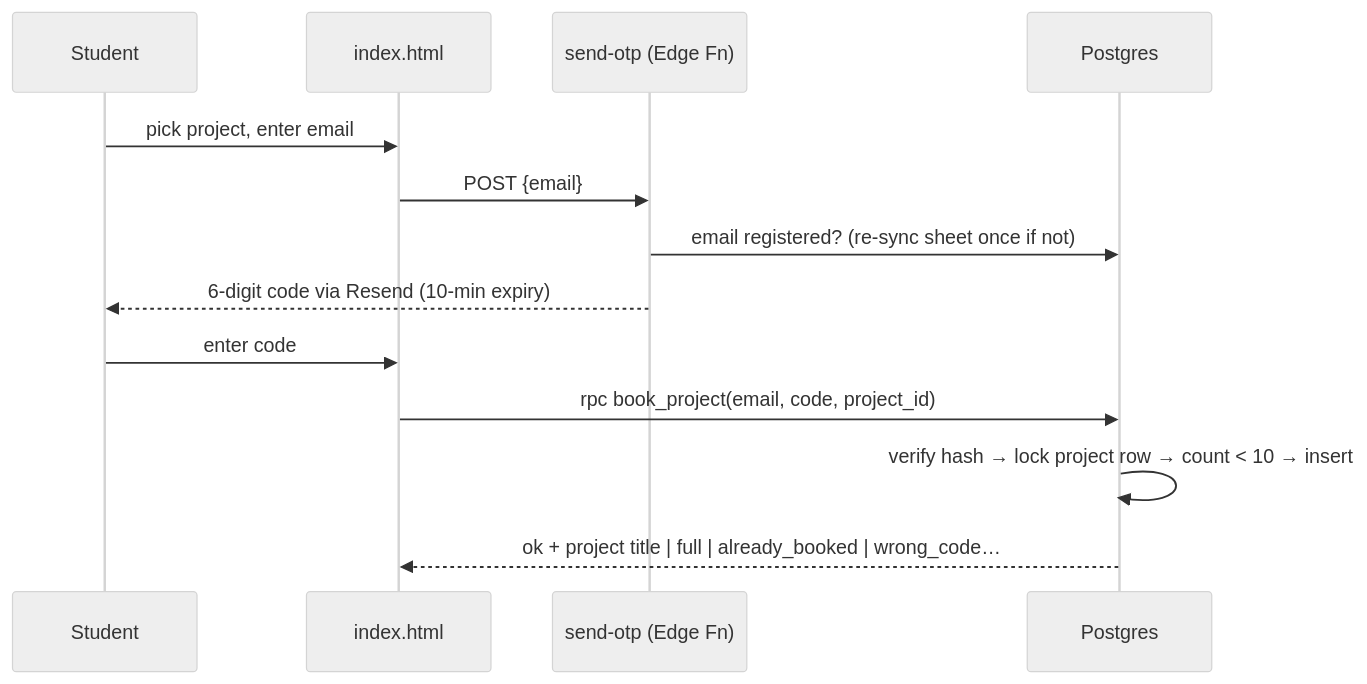
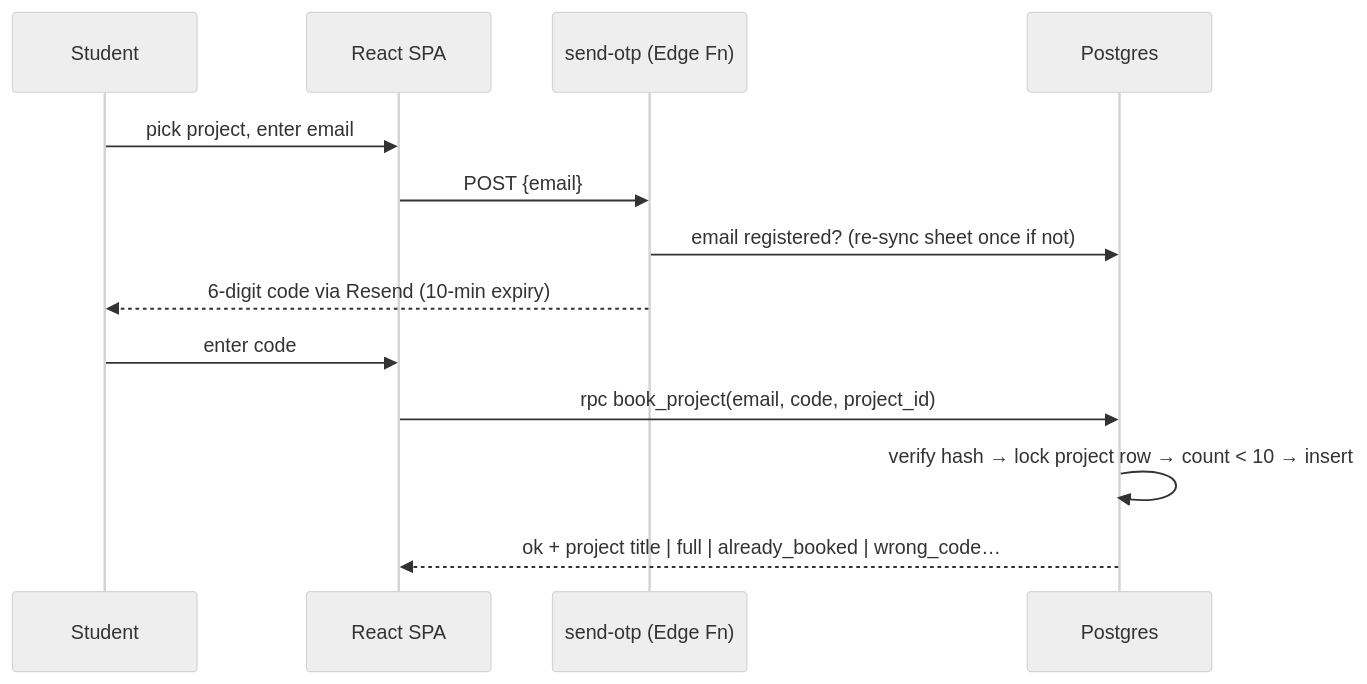
The second of 2 diagrams in docs/PRD.md (Humble-Coders/project-booking), drawn with Mermaid (neutral theme) before and after one commit. The commit also changed other lines of this file and 1 other file, not shown here.

Commit message:
Add CLAUDE.md; lock React stack (Vite+TS+Tailwind) and hosting in PRD

````diff
--- a/docs/PRD.md
+++ b/docs/PRD.md
@@ -78,15 +78,15 @@
 ```mermaid
 sequenceDiagram
     participant St as Student
-    participant P as index.html
+    participant P as React SPA
     participant F as send-otp (Edge Fn)
     participant DB as Postgres
     St->>P: pick project, enter email
     P->>F: POST {email}
     F->>DB: email registered? (re-sync sheet once if not)
     F-->>St: 6-digit code via Resend (10-min expiry)
     St->>P: enter code
     P->>DB: rpc book_project(email, code, project_id)
     DB->>DB: verify hash → lock project row → count < 10 → insert
     DB-->>P: ok + project title | full | already_booked | wrong_code…
 ```
````
